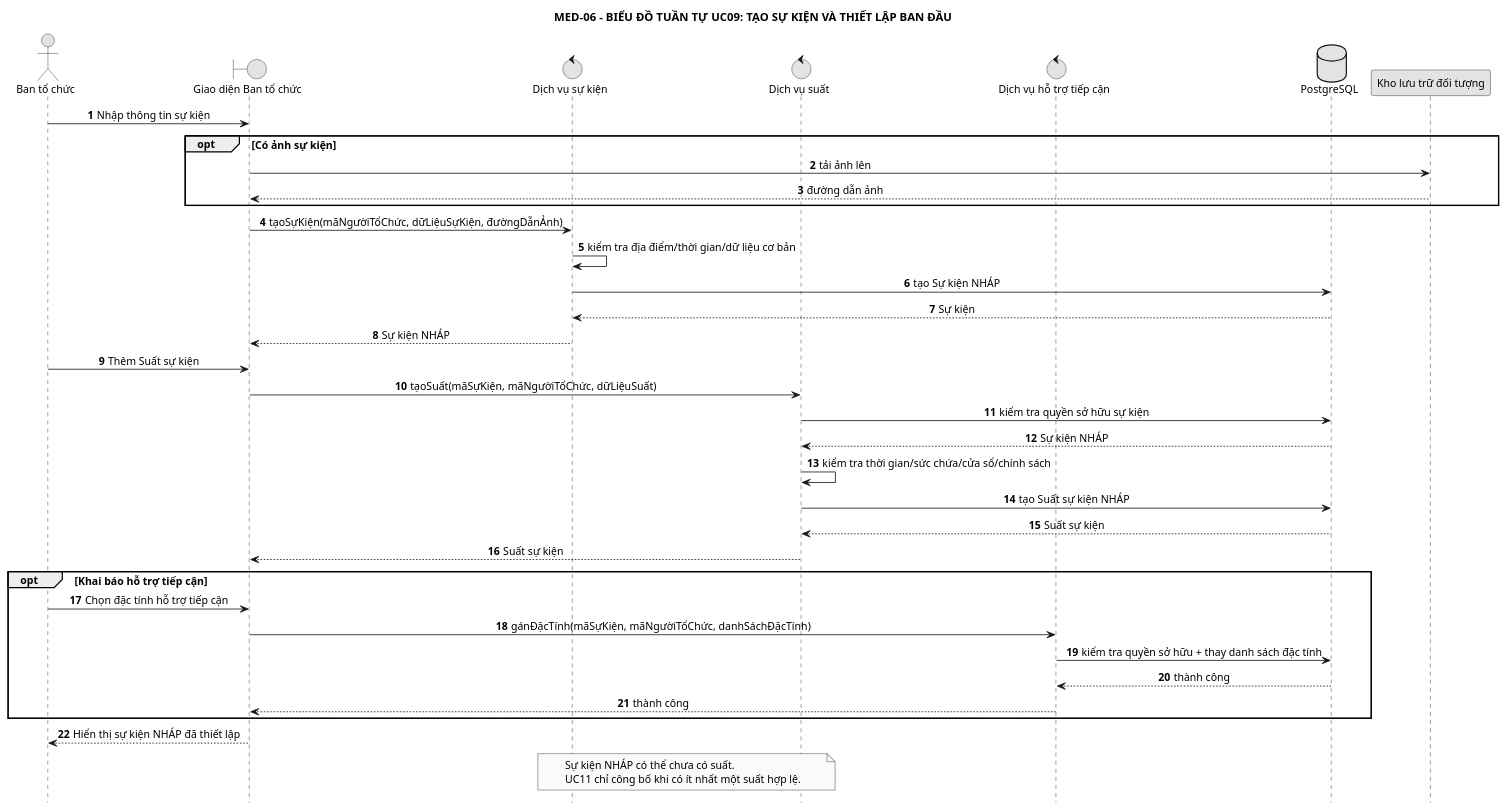
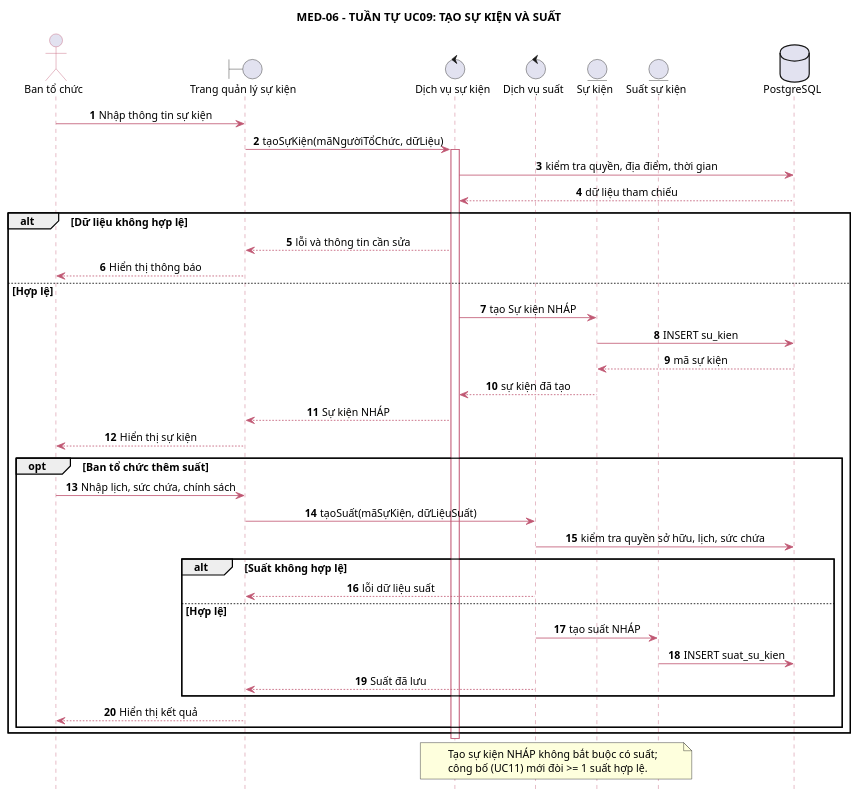
The diagram in PTTK/05_Sequence/05-uc09-create-event.puml (anh632k-ui/OOP-DoAn), drawn with PlantUML before and after one commit. The commit also changed 4 other files, not shown here.

Commit message:
fix(pttk): 5 Sequence theo Actor Boundary Control Entity, phân nhánh lỗi và giao dịch

```diff
--- a/PTTK/05_Sequence/05-uc09-create-event.puml
+++ b/PTTK/05_Sequence/05-uc09-create-event.puml
@@ -1,47 +1,59 @@
 @startuml
-skinparam monochrome true
+skinparam backgroundColor white
 skinparam shadowing false
+skinparam defaultFontName Arial
 skinparam defaultFontSize 13
 skinparam sequenceMessageAlign center
 skinparam responseMessageBelowArrow true
+skinparam sequence {
+  ArrowColor #C05773
+  LifeLineBorderColor #C05773
+  ParticipantBackgroundColor #FFF8CE
+  ParticipantBorderColor #C05773
+  ActorBorderColor #C05773
+}
 hide footbox
-title MED-06 - BIỂU ĐỒ TUẦN TỰ UC09: TẠO SỰ KIỆN VÀ THIẾT LẬP BAN ĐẦU
-actor "Ban tổ chức" as BTC
-boundary "Giao diện Ban tổ chức" as UI
+autonumber
+title MED-06 - TUẦN TỰ UC09: TẠO SỰ KIỆN VÀ SUẤT
+actor "Ban tổ chức" as A
+boundary "Trang quản lý sự kiện" as UI
 control "Dịch vụ sự kiện" as SK
-control "Dịch vụ suất" as SUAT
-control "Dịch vụ hỗ trợ tiếp cận" as HT
-database "PostgreSQL" as CSDL
-participant "Kho lưu trữ đối tượng" as KHO
-autonumber
-BTC -> UI : Nhập thông tin sự kiện
-opt Có ảnh sự kiện
-  UI -> KHO : tải ảnh lên
-  KHO --> UI : đường dẫn ảnh
+control "Dịch vụ suất" as SU
+entity "Sự kiện" as ENT
+entity "Suất sự kiện" as ENT_SU
+database "PostgreSQL" as DB
+A -> UI : Nhập thông tin sự kiện
+UI -> SK : tạoSựKiện(mãNgườiTổChức, dữLiệu)
+activate SK
+SK -> DB : kiểm tra quyền, địa điểm, thời gian
+DB --> SK : dữ liệu tham chiếu
+alt Dữ liệu không hợp lệ
+  SK --> UI : lỗi và thông tin cần sửa
+  UI --> A : Hiển thị thông báo
+else Hợp lệ
+  SK -> ENT : tạo Sự kiện NHÁP
+  ENT -> DB : INSERT su_kien
+  DB --> ENT : mã sự kiện
+  ENT --> SK : sự kiện đã tạo
+  SK --> UI : Sự kiện NHÁP
+  UI --> A : Hiển thị sự kiện
+  opt Ban tổ chức thêm suất
+    A -> UI : Nhập lịch, sức chứa, chính sách
+    UI -> SU : tạoSuất(mãSựKiện, dữLiệuSuất)
+    SU -> DB : kiểm tra quyền sở hữu, lịch, sức chứa
+    alt Suất không hợp lệ
+      SU --> UI : lỗi dữ liệu suất
+    else Hợp lệ
+      SU -> ENT_SU : tạo suất NHÁP
+      ENT_SU -> DB : INSERT suat_su_kien
+      SU --> UI : Suất đã lưu
+    end
+    UI --> A : Hiển thị kết quả
+  end
 end
-UI -> SK : tạoSựKiện(mãNgườiTổChức, dữLiệuSựKiện, đườngDẫnẢnh)
-SK -> SK : kiểm tra địa điểm/thời gian/dữ liệu cơ bản
-SK -> CSDL : tạo Sự kiện NHÁP
-CSDL --> SK : Sự kiện
-SK --> UI : Sự kiện NHÁP
-BTC -> UI : Thêm Suất sự kiện
-UI -> SUAT : tạoSuất(mãSựKiện, mãNgườiTổChức, dữLiệuSuất)
-SUAT -> CSDL : kiểm tra quyền sở hữu sự kiện
-CSDL --> SUAT : Sự kiện NHÁP
-SUAT -> SUAT : kiểm tra thời gian/sức chứa/cửa sổ/chính sách
-SUAT -> CSDL : tạo Suất sự kiện NHÁP
-CSDL --> SUAT : Suất sự kiện
-SUAT --> UI : Suất sự kiện
-opt Khai báo hỗ trợ tiếp cận
-  BTC -> UI : Chọn đặc tính hỗ trợ tiếp cận
-  UI -> HT : gánĐặcTính(mãSựKiện, mãNgườiTổChức, danhSáchĐặcTính)
-  HT -> CSDL : kiểm tra quyền sở hữu + thay danh sách đặc tính
-  CSDL --> HT : thành công
-  HT --> UI : thành công
-end
-UI --> BTC : Hiển thị sự kiện NHÁP đã thiết lập
-note over SK,SUAT
-Sự kiện NHÁP có thể chưa có suất.
-UC11 chỉ công bố khi có ít nhất một suất hợp lệ.
+deactivate SK
+note over SK,ENT_SU
+Tạo sự kiện NHÁP không bắt buộc có suất;
+công bố (UC11) mới đòi >= 1 suất hợp lệ.
 end note
 @enduml
```
